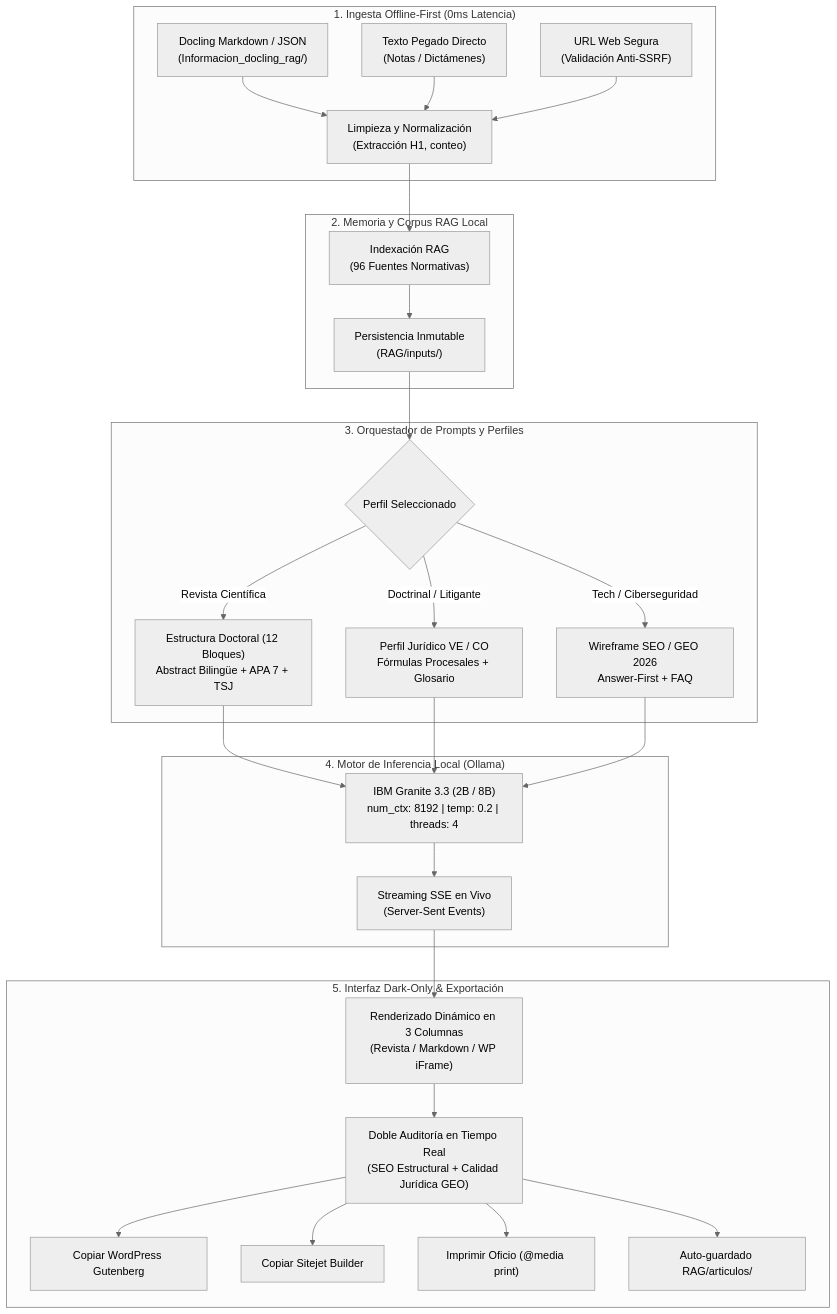
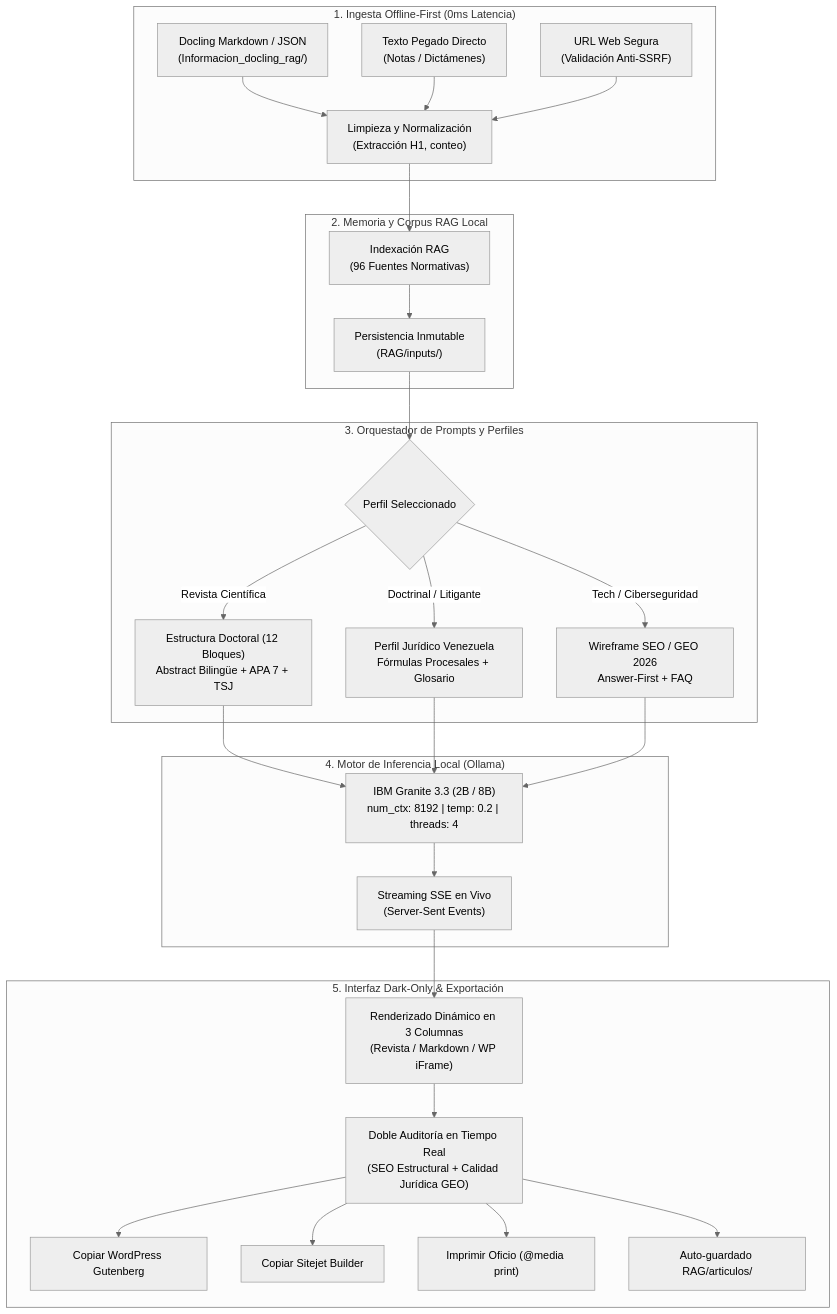
The diagram in README.md (julljoll/JullEditor), drawn with Mermaid (neutral theme) before and after one commit. The commit also changed other lines of this file and 8 other files, not shown here.

````diff
--- a/README.md
+++ b/README.md
@@ -60,36 +60,36 @@
 ```mermaid
 flowchart TD
     subgraph INGESTA["1. Ingesta Offline-First (0ms Latencia)"]
         A1["Docling Markdown / JSON<br/>(Informacion_docling_rag/)"] --> B["Limpieza y Normalización<br/>(Extracción H1, conteo)"]
         A2["Texto Pegado Directo<br/>(Notas / Dictámenes)"] --> B
         A3["URL Web Segura<br/>(Validación Anti-SSRF)"] --> B
     end
 
     subgraph RAG["2. Memoria y Corpus RAG Local"]
         B --> C["Indexación RAG<br/>(96 Fuentes Normativas)"]
         C --> D["Persistencia Inmutable<br/>(RAG/inputs/)"]
     end
 
     subgraph PROMPT["3. Orquestador de Prompts y Perfiles"]
         D --> E{"Perfil Seleccionado"}
         E -->|"Revista Científica"| P1["Estructura Doctoral (12 Bloques)<br/>Abstract Bilingüe + APA 7 + TSJ"]
-        E -->|"Doctrinal / Litigante"| P2["Perfil Jurídico VE / CO<br/>Fórmulas Procesales + Glosario"]
+        E -->|"Doctrinal / Litigante"| P2["Perfil Jurídico Venezuela<br/>Fórmulas Procesales + Glosario"]
         E -->|"Tech / Ciberseguridad"| P3["Wireframe SEO / GEO 2026<br/>Answer-First + FAQ"]
     end
 
     subgraph INFERENCIA["4. Motor de Inferencia Local (Ollama)"]
         P1 --> F["IBM Granite 3.3 (2B / 8B)<br/>num_ctx: 8192 | temp: 0.2 | threads: 4"]
         P2 --> F
         P3 --> F
         F --> G["Streaming SSE en Vivo<br/>(Server-Sent Events)"]
     end
 
     subgraph VISUALIZADOR["5. Interfaz Dark-Only & Exportación"]
         G --> H["Renderizado Dinámico en 3 Columnas<br/>(Revista / Markdown / WP iFrame)"]
         H --> I["Doble Auditoría en Tiempo Real<br/>(SEO Estructural + Calidad Jurídica GEO)"]
         I --> J1["Copiar WordPress Gutenberg"]
         I --> J2["Copiar Sitejet Builder"]
         I --> J3["Imprimir Oficio (@media print)"]
         I --> J4["Auto-guardado RAG/articulos/"]
     end
 ```
````
